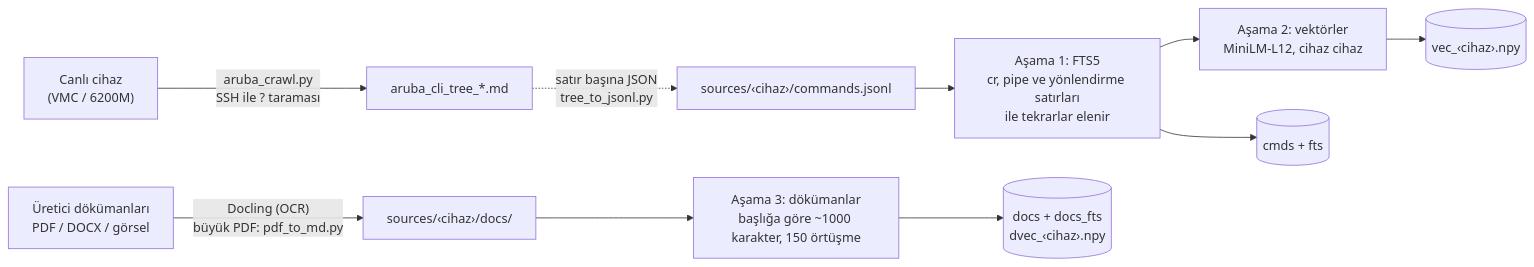
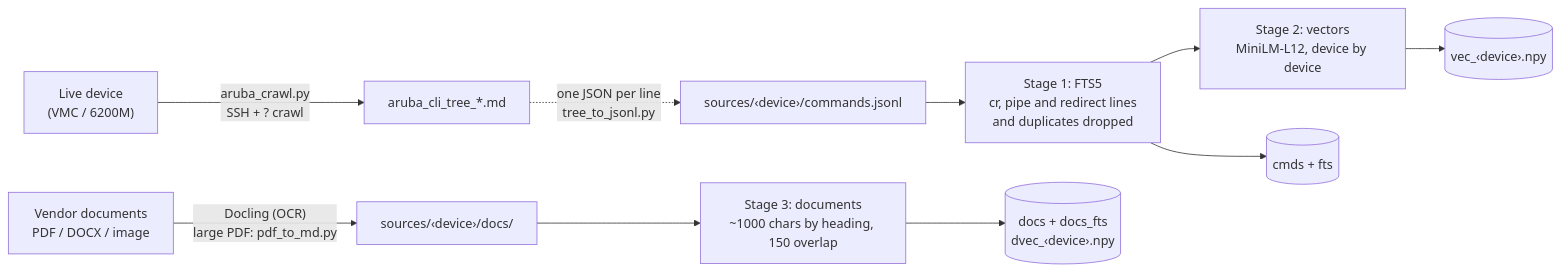
One commit to emreyigit-tasdelen/Sensei-Aruba changed the third of 4 diagrams in README.md. Above: the diagram before and after it, drawn with Mermaid. The commit also changed other lines of this file and 16 other files, not shown here.

````diff
--- a/README.md
+++ b/README.md
@@ -145,12 +148,12 @@
 ```mermaid
 flowchart LR
-    DEV["Canlı cihaz<br/>(VMC / 6200M)"] -->|"aruba_crawl.py<br/>SSH ile ? taraması"| TREE["aruba_cli_tree_*.md"]
-    TREE -.->|"satır başına JSON<br/>tree_to_jsonl.py"| JSONL["sources/‹cihaz›/commands.jsonl"]
-    PDF["Üretici dökümanları<br/>PDF / DOCX / görsel"] -->|"Docling (OCR)<br/>büyük PDF: pdf_to_md.py"| MD["sources/‹cihaz›/docs/"]
-    JSONL --> P1["Aşama 1: FTS5<br/>cr, pipe ve yönlendirme satırları<br/>ile tekrarlar elenir"]
-    P1 --> P2["Aşama 2: vektörler<br/>MiniLM-L12, cihaz cihaz"]
-    MD --> P3["Aşama 3: dökümanlar<br/>başlığa göre ~1000 karakter, 150 örtüşme"]
+    DEV["Live device<br/>(VMC / 6200M)"] -->|"aruba_crawl.py<br/>SSH + ? crawl"| TREE["aruba_cli_tree_*.md"]
+    TREE -.->|"one JSON per line<br/>tree_to_jsonl.py"| JSONL["sources/‹device›/commands.jsonl"]
+    PDF["Vendor documents<br/>PDF / DOCX / image"] -->|"Docling (OCR)<br/>large PDF: pdf_to_md.py"| MD["sources/‹device›/docs/"]
+    JSONL --> P1["Stage 1: FTS5<br/>cr, pipe and redirect lines<br/>and duplicates dropped"]
+    P1 --> P2["Stage 2: vectors<br/>MiniLM-L12, device by device"]
+    MD --> P3["Stage 3: documents<br/>~1000 chars by heading, 150 overlap"]
     P1 --> FTS[("cmds + fts")]
-    P2 --> VEC[("vec_‹cihaz›.npy")]
-    P3 --> DOCS[("docs + docs_fts<br/>dvec_‹cihaz›.npy")]
+    P2 --> VEC[("vec_‹device›.npy")]
+    P3 --> DOCS[("docs + docs_fts<br/>dvec_‹device›.npy")]
 ```
````
